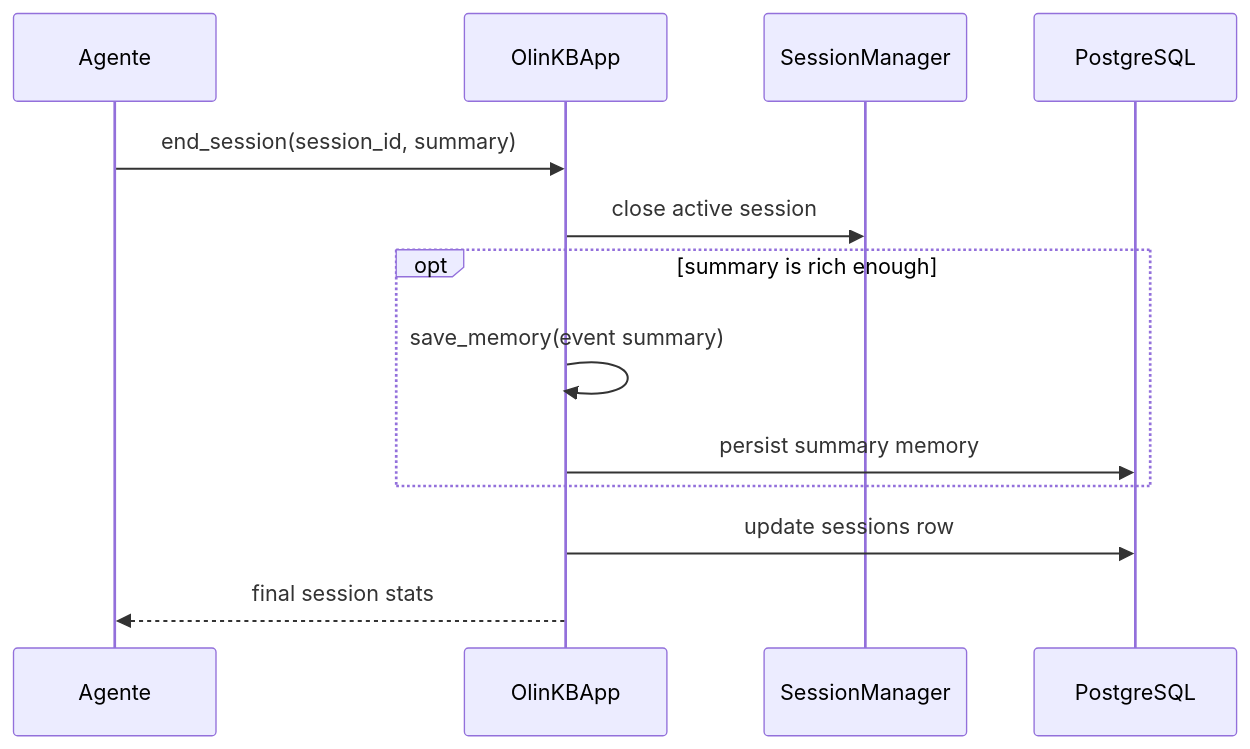
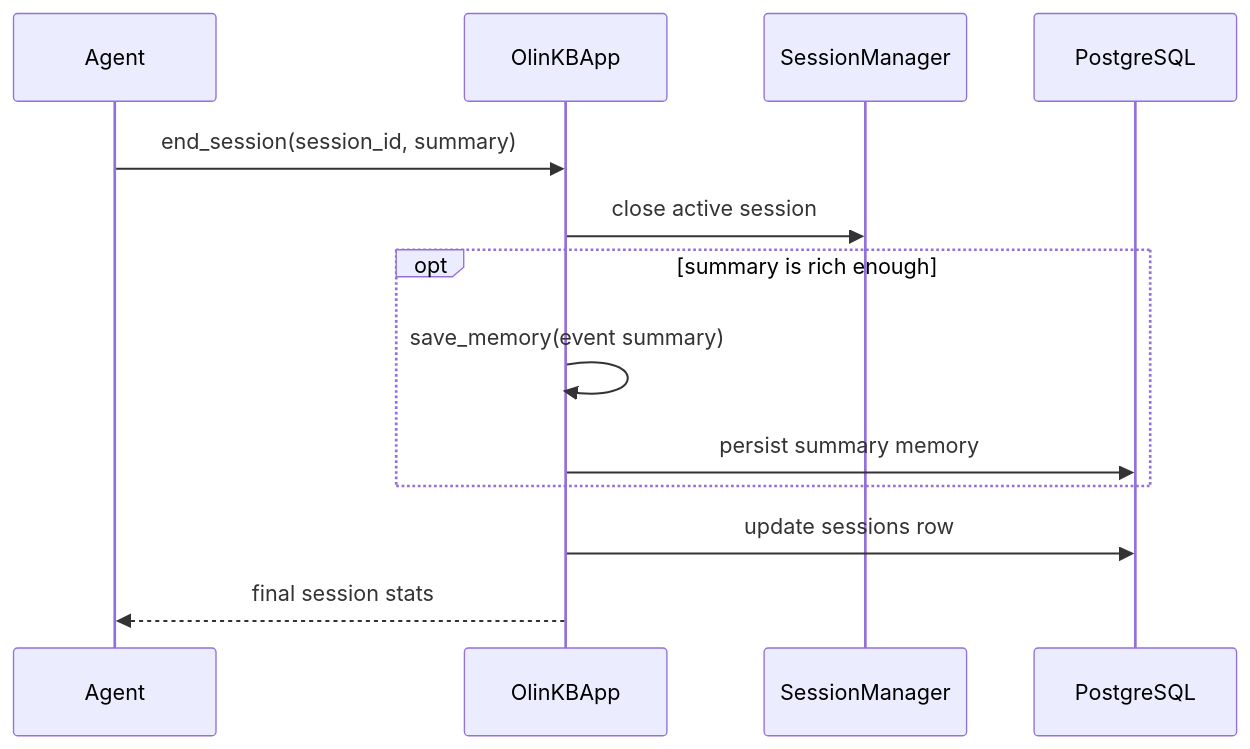
One commit to rzjulio/olinkb changed diagram 11 of 11 in docs/olinkb-funcionamiento-end-to-end.md. Above: the diagram before and after it, drawn with Mermaid. The commit also changed other lines of this file and 22 other files, not shown here.

````diff
--- a/docs/olinkb-funcionamiento-end-to-end.md
+++ b/docs/olinkb-funcionamiento-end-to-end.md
@@ -701,16 +701,16 @@
 ```mermaid
 sequenceDiagram
-    participant Agent as Agente
+    participant Agent as Agent
     participant App as OlinKBApp
     participant Session as SessionManager
     participant PG as PostgreSQL
 
     Agent->>App: end_session(session_id, summary)
     App->>Session: close active session
     opt summary is rich enough
         App->>App: save_memory(event summary)
         App->>PG: persist summary memory
     end
     App->>PG: update sessions row
     App-->>Agent: final session stats
 ```
````
